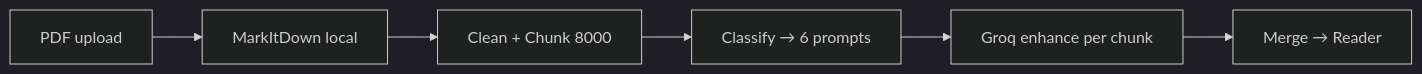
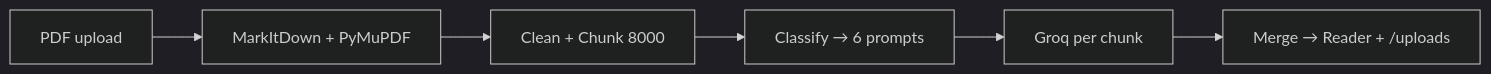
The diagram in README.md (Sumitr995/MarkForge), drawn with Mermaid (dark theme) before and after one commit. The commit also changed other lines of this file, not shown here.

````diff
--- a/README.md
+++ b/README.md
@@ -61,8 +74,8 @@
 ```mermaid
 flowchart LR
-  A[PDF upload] --> B[MarkItDown local]
+  A[PDF upload] --> B[MarkItDown + PyMuPDF]
   B --> C[Clean + Chunk 8000]
   C --> D[Classify → 6 prompts]
-  D --> E[Groq enhance per chunk]
-  E --> F[Merge → Reader]
+  D --> E[Groq per chunk]
+  E --> F[Merge → Reader + /uploads]
 ```
````
